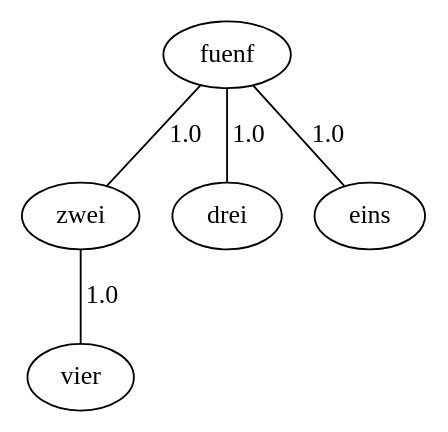
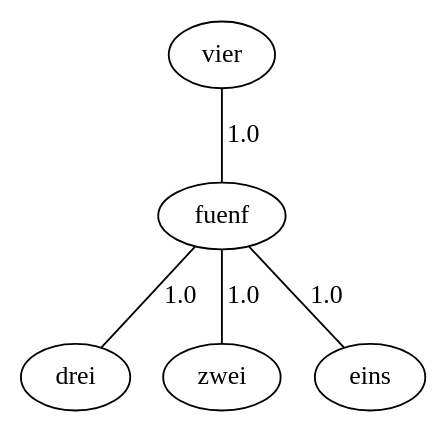
The diagram in GKA_task3_1-5/GraphViz/graph/gespeicherterKruskal.gv (Frggle/HAW_GKA), drawn with Graphviz before and after one commit. The commit also changed 7 other files, not shown here.

```diff
--- a/GKA_task3_1-5/GraphViz/graph/gespeicherterKruskal.gv
+++ b/GKA_task3_1-5/GraphViz/graph/gespeicherterKruskal.gv
@@ -1,11 +1,11 @@
 graph G {
-  1 [ label="zwei" ];
-  2 [ label="vier" ];
-  3 [ label="fuenf" ];
-  4 [ label="drei" ];
-  5 [ label="eins" ];
+  1 [ label="fuenf" ];
+  2 [ label="drei" ];
+  3 [ label="zwei" ];
+  4 [ label="eins" ];
+  5 [ label="vier" ];
   1 -- 2 [ label="1.0" ];
-  3 -- 4 [ label="1.0" ];
-  3 -- 1 [ label="1.0" ];
-  3 -- 5 [ label="1.0" ];
+  1 -- 3 [ label="1.0" ];
+  1 -- 4 [ label="1.0" ];
+  5 -- 1 [ label="1.0" ];
 }
```
